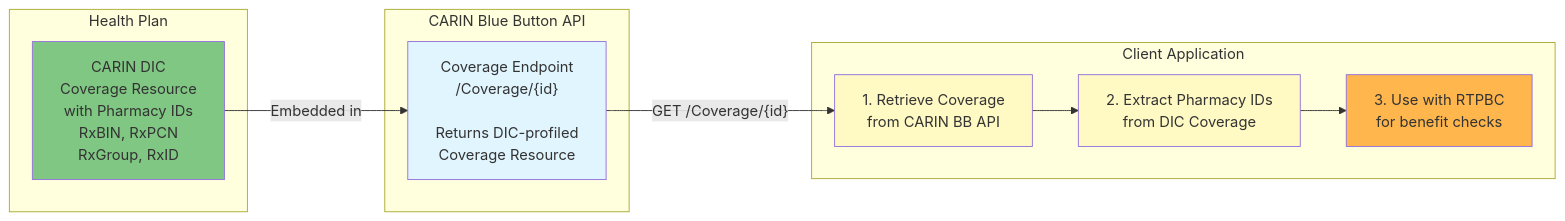
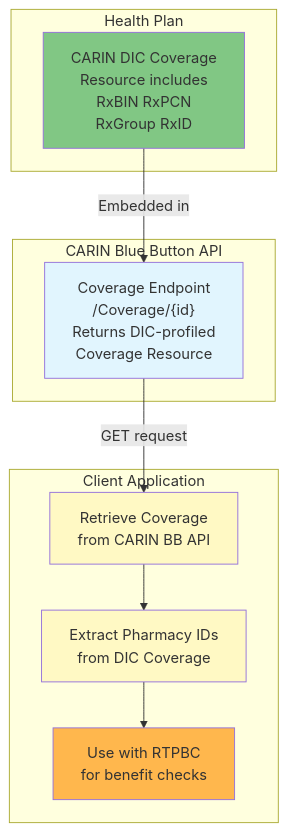
One commit to flexpa/rtpbc-demo changed the diagram in README.md. Above: the diagram before and after it, drawn with Mermaid. The commit also changed other lines of this file, not shown here.

First line of the commit message:
Update README with vertical diagram and RTPBC+BB synergy explanation

````diff
--- a/README.md
+++ b/README.md
@@ -7,27 +7,28 @@
 ```mermaid
-graph LR
+graph TB
     subgraph "Health Plan"
-        DIC["CARIN DIC<br/>Coverage Resource<br/>with Pharmacy IDs<br/>RxBIN, RxPCN<br/>RxGroup, RxID"]
-    end
-    
-    subgraph "CARIN Blue Button API"
-        CBB["Coverage Endpoint<br/>/Coverage/{id}<br/><br/>Returns DIC-profiled<br/>Coverage Resource"]
-    end
-    
-    subgraph "Client Application"
-        CLIENT["1. Retrieve Coverage<br/>from CARIN BB API"]
-        TRANSFORM["2. Extract Pharmacy IDs<br/>from DIC Coverage"]
-        RTPBC["3. Use with RTPBC<br/>for benefit checks"]
+        DIC["CARIN DIC Coverage<br/>Resource includes<br/>RxBIN RxPCN<br/>RxGroup RxID"]
     end
     
     DIC -->|"Embedded in"| CBB
-    CBB -->|"GET /Coverage/{id}"| CLIENT
-    CLIENT --> TRANSFORM
-    TRANSFORM --> RTPBC
+    
+    subgraph "CARIN Blue Button API"
+        CBB["Coverage Endpoint<br/>/Coverage/{id}<br/>Returns DIC-profiled<br/>Coverage Resource"]
+    end
+    
+    CBB -->|"GET request"| CLIENT
+    
+    subgraph "Client Application"
+        CLIENT["Retrieve Coverage<br/>from CARIN BB API"]
+        CLIENT --> TRANSFORM
+        TRANSFORM["Extract Pharmacy IDs<br/>from DIC Coverage"]
+        TRANSFORM --> RTPBC
+        RTPBC["Use with RTPBC<br/>for benefit checks"]
+    end
     
     style DIC fill:#81c784
     style CBB fill:#e1f5fe
     style CLIENT fill:#fff9c4
     style TRANSFORM fill:#fff9c4
     style RTPBC fill:#ffb74d
 ```
````
